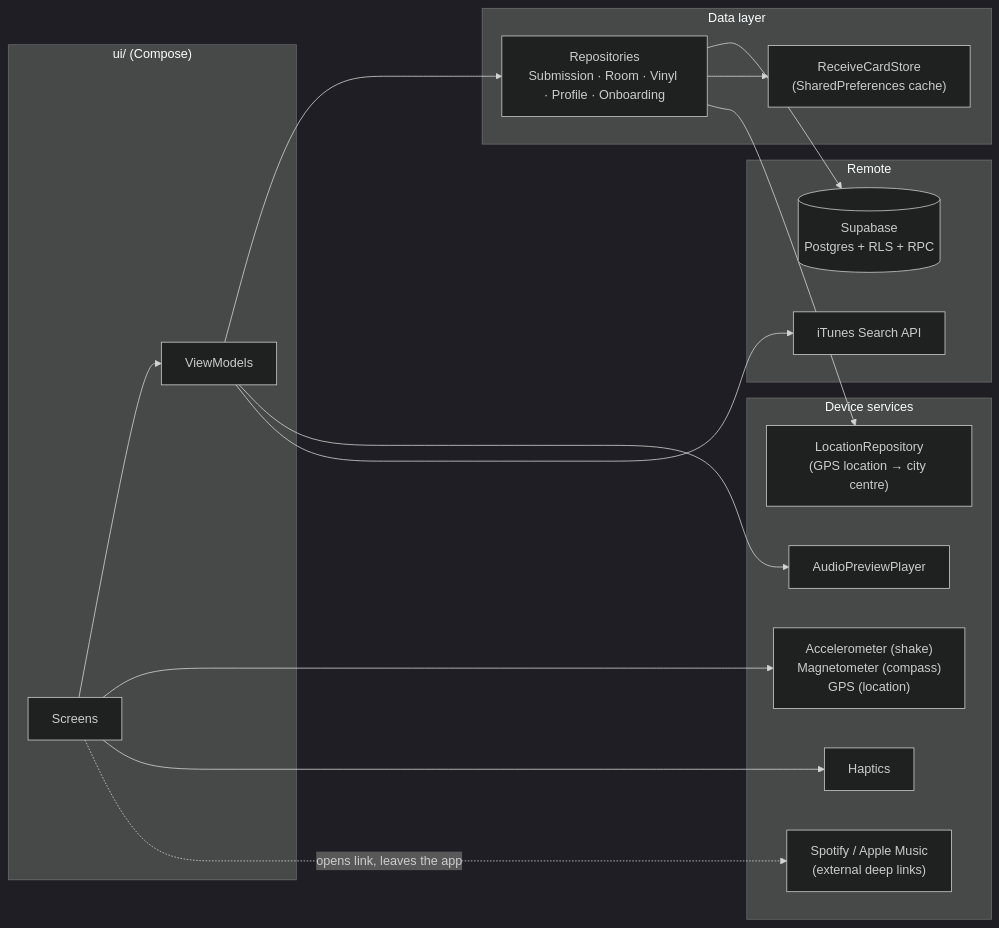
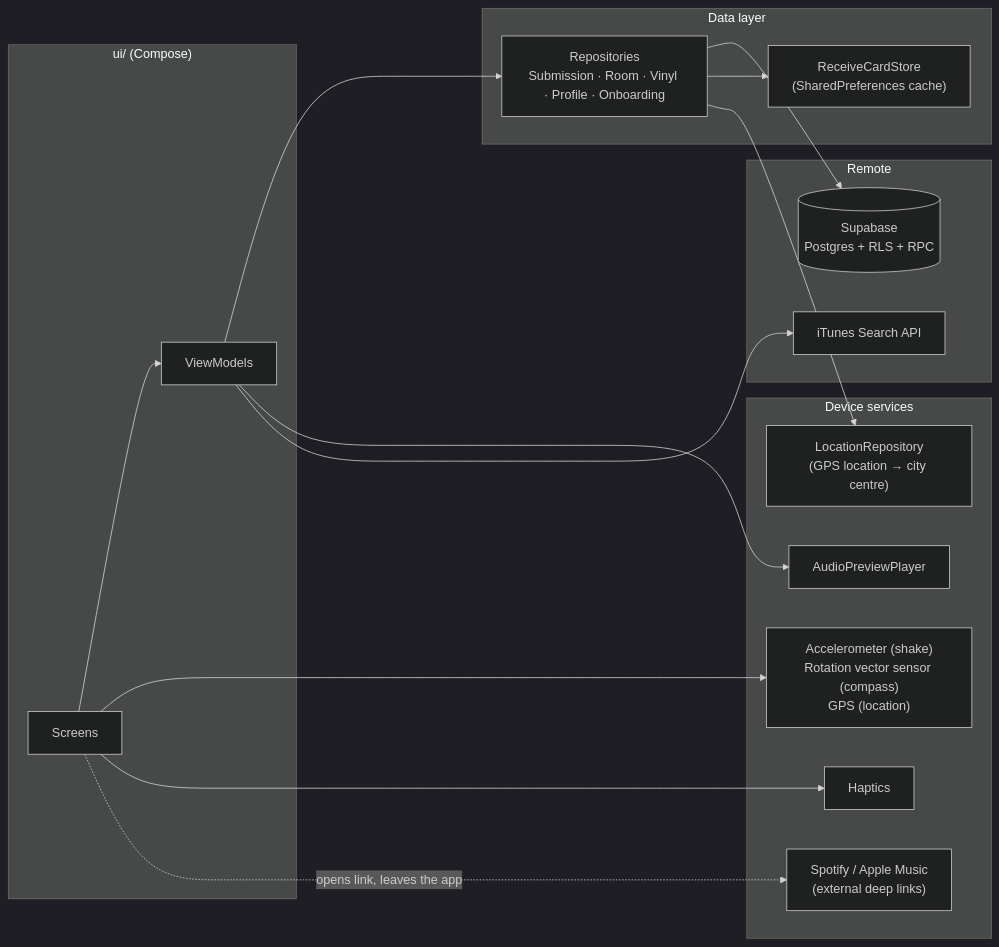
The first of 4 diagrams in README.md (killlel/comp90018), drawn with Mermaid (dark theme) before and after one commit. The commit also changed other lines of this file and 9 other files, not shown here.

````diff
--- a/README.md
+++ b/README.md
@@ -26,31 +26,31 @@
 ```mermaid
 flowchart LR
     subgraph UI["ui/ (Compose)"]
         Screens["Screens"] --> VMs["ViewModels"]
     end
     subgraph Data["Data layer"]
         Repos["Repositories<br/>Submission · Room · Vinyl · Profile · Onboarding"]
         Local["ReceiveCardStore<br/>(SharedPreferences cache)"]
     end
     subgraph Device["Device services"]
-        Sensors["Accelerometer (shake)<br/>Magnetometer (compass)<br/>GPS (location)"]
+        Sensors["Accelerometer (shake)<br/>Rotation vector sensor (compass)<br/>GPS (location)"]
         Haptic["Haptics"]
         Ext["Spotify / Apple Music<br/>(external deep links)"]
         Loc["LocationRepository<br/>(GPS location → city centre)"]
         Audio["AudioPreviewPlayer"]
     end
     subgraph Remote["Remote"]
         SB[("Supabase<br/>Postgres + RLS + RPC")]
         IT["iTunes Search API"]
     end
 
     VMs --> Repos
     VMs --> Audio
     Screens --> Sensors
     Screens --> Haptic
     Screens -. "opens link, leaves the app" .-> Ext
     Repos --> SB
     Repos --> Local
     Repos --> Loc
     VMs --> IT
 ```
````
